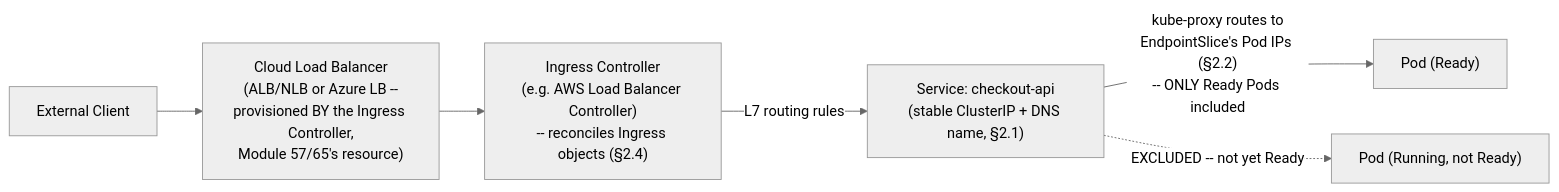
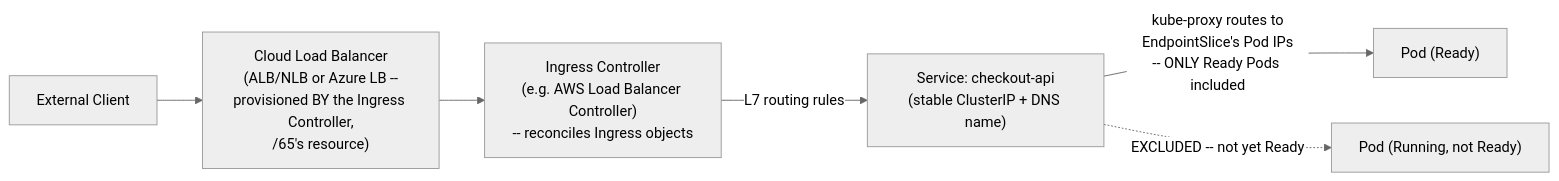
One commit to umashankarp/InterviewQuestions changed the first of 2 diagrams in 23-Kubernetes/02-Networking-Services-Ingress-CNI-DNS-NetworkPolicies.md. Above: the diagram before and after it, drawn with Mermaid (neutral theme). The commit also changed other lines of this file and 173 other files, not shown here.

````diff
--- a/23-Kubernetes/02-Networking-Services-Ingress-CNI-DNS-NetworkPolicies.md
+++ b/23-Kubernetes/02-Networking-Services-Ingress-CNI-DNS-NetworkPolicies.md
@@ -62,8 +62,8 @@
 ```mermaid
 graph LR
-    Client["External Client"] --> LB["Cloud Load Balancer<br/>(ALB/NLB or Azure LB --<br/>provisioned BY the Ingress Controller,<br/>Module 57/65's resource)"]
-    LB --> IC["Ingress Controller<br/>(e.g. AWS Load Balancer Controller)<br/>-- reconciles Ingress objects (§2.4)"]
-    IC -->|"L7 routing rules"| SVC["Service: checkout-api<br/>(stable ClusterIP + DNS name, §2.1)"]
-    SVC -->|"kube-proxy routes to<br/>EndpointSlice's Pod IPs (§2.2)<br/>-- ONLY Ready Pods included"| P1["Pod (Ready)"]
-    SVC -.->|"EXCLUDED -- not yet Ready"| P2["Pod (Running, not Ready)"]
+ Client["External Client"] --> LB["Cloud Load Balancer<br/>(ALB/NLB or Azure LB --<br/>provisioned BY the Ingress Controller,<br/>/65's resource)"]
+ LB --> IC["Ingress Controller<br/>(e.g. AWS Load Balancer Controller)<br/>-- reconciles Ingress objects"]
+ IC -->|"L7 routing rules"| SVC["Service: checkout-api<br/>(stable ClusterIP + DNS name)"]
+ SVC -->|"kube-proxy routes to<br/>EndpointSlice's Pod IPs<br/>-- ONLY Ready Pods included"| P1["Pod (Ready)"]
+ SVC -.->|"EXCLUDED -- not yet Ready"| P2["Pod (Running, not Ready)"]
 ```
````
